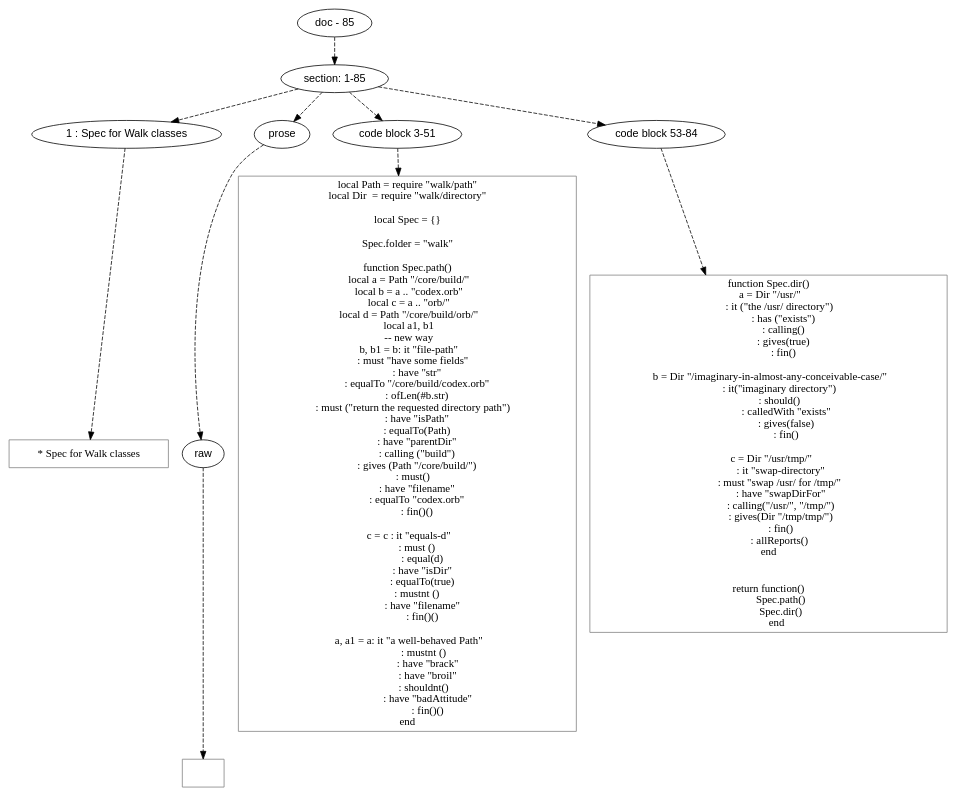
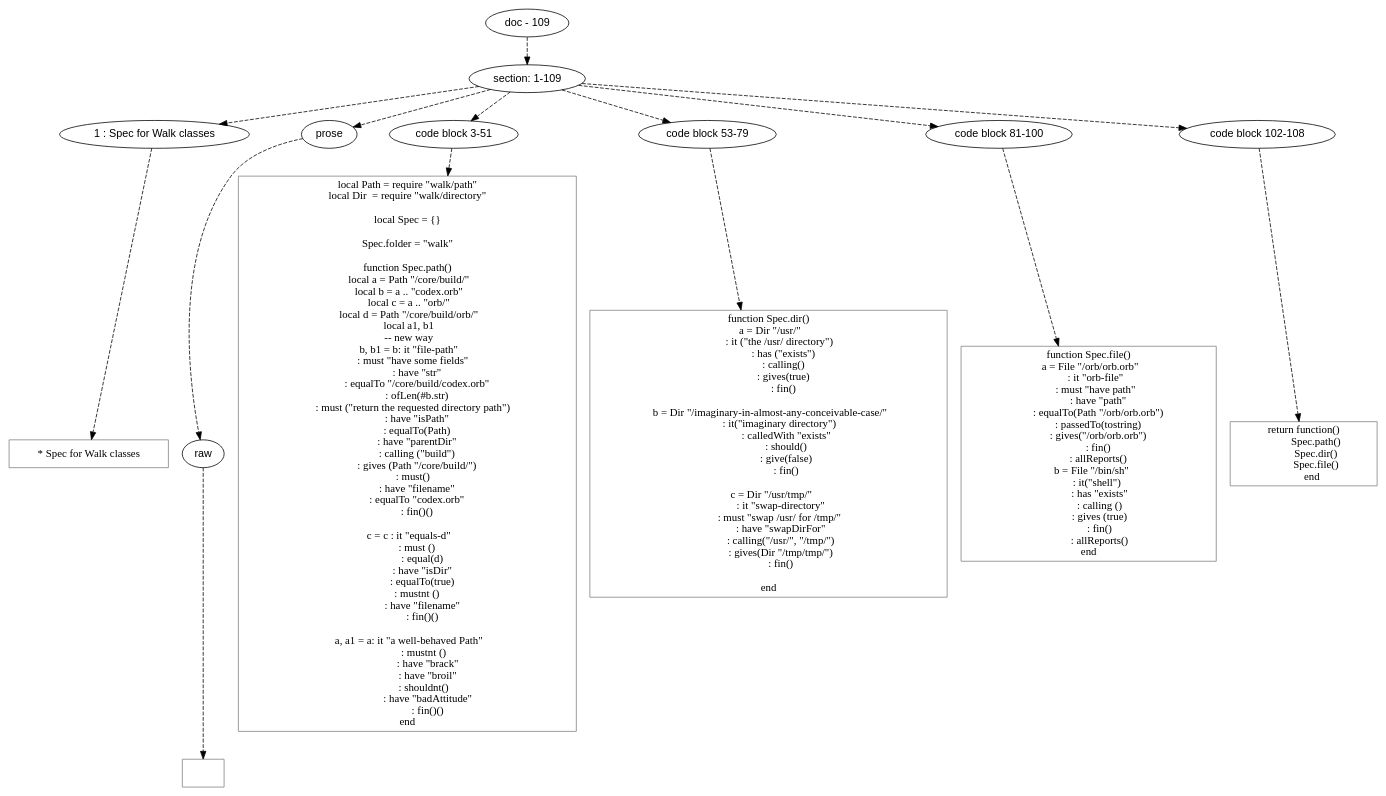
The diagram in doc/dot/spec/walk-spec.dot (mnemnion/orb), drawn with Graphviz before and after one commit. The commit also changed 24 other files, not shown here.

```diff
--- a/doc/dot/spec/walk-spec.dot
+++ b/doc/dot/spec/walk-spec.dot
@@ -1,132 +1,160 @@
 digraph lpegNode {
 
 node [fontname=Helvetica]
 edge [style=dashed]
 
-doc_0 [label="doc - 85"]
+doc_0 [label="doc - 109"]
 
 
 doc_0 -> { section_1}
 {rank=same; section_1}
 
-section_1 [label="section: 1-85"]
+section_1 [label="section: 1-109"]
 
 
 // END RANK doc_0
 
-section_1 -> { header_2 prose_3 codeblock_4 codeblock_5}
-{rank=same; header_2 prose_3 codeblock_4 codeblock_5}
+section_1 -> { header_2 prose_3 codeblock_4 codeblock_5 codeblock_6 codeblock_7}
+{rank=same; header_2 prose_3 codeblock_4 codeblock_5 codeblock_6 codeblock_7}
 
 header_2 [label="1 : Spec for Walk classes"]
 
 prose_3 [label="prose"]
 
 codeblock_4 [label="code block 3-51"]
 
-codeblock_5 [label="code block 53-84"]
+codeblock_5 [label="code block 53-79"]
+
+codeblock_6 [label="code block 81-100"]
+
+codeblock_7 [label="code block 102-108"]
 
 
 // END RANK section_1
 
-header_2 -> leaf_6
-leaf_6  [color=Gray,shape=rectangle,fontname=Inconsolata,label="* Spec for Walk classes"]
+header_2 -> leaf_8
+leaf_8  [color=Gray,shape=rectangle,fontname=Inconsolata,label="* Spec for Walk classes"]
 // END RANK header_2
 
-prose_3 -> { raw_7}
-{rank=same; raw_7}
+prose_3 -> { raw_9}
+{rank=same; raw_9}
 
-raw_7 [label="raw"]
+raw_9 [label="raw"]
 
 
 // END RANK prose_3
 
-raw_7 -> leaf_8
-leaf_8  [color=Gray,shape=rectangle,fontname=Inconsolata,label="
+raw_9 -> leaf_10
+leaf_10  [color=Gray,shape=rectangle,fontname=Inconsolata,label="
 "]
-// END RANK raw_7
+// END RANK raw_9
 
-codeblock_4 -> leaf_9
-leaf_9  [color=Gray,shape=rectangle,fontname=Inconsolata,label="local Path = require \"walk/path\"
+codeblock_4 -> leaf_11
+leaf_11  [color=Gray,shape=rectangle,fontname=Inconsolata,label="local Path = require \"walk/path\"
 local Dir  = require \"walk/directory\"
 
 local Spec = {}
 
 Spec.folder = \"walk\"
 
 function Spec.path()
   local a = Path \"/core/build/\"
   local b = a .. \"codex.orb\"
   local c = a .. \"orb/\"
   local d = Path \"/core/build/orb/\"
   local a1, b1
   -- new way
   b, b1 = b: it \"file-path\"
      : must \"have some fields\"
         : have \"str\"
         : equalTo \"/core/build/codex.orb\"
         : ofLen(#b.str)
      : must (\"return the requested directory path\")
         : have \"isPath\"
         : equalTo(Path)
         : have \"parentDir\"
         : calling (\"build\")
         : gives (Path \"/core/build/\")
      : must()
         : have \"filename\"
         : equalTo \"codex.orb\"
         : fin()()
 
   c = c : it \"equals-d\"
         : must ()
             : equal(d)
             : have \"isDir\"
             : equalTo(true)
         : mustnt ()
             : have \"filename\"
             : fin()()
 
   a, a1 = a: it \"a well-behaved Path\"
              : mustnt ()
                 : have \"brack\"
                 : have \"broil\"
              : shouldnt()
                 : have \"badAttitude\"
                 : fin()()
 end"]
 // END RANK codeblock_4
 
-codeblock_5 -> leaf_10
-leaf_10  [color=Gray,shape=rectangle,fontname=Inconsolata,label="function Spec.dir()
+codeblock_5 -> leaf_12
+leaf_12  [color=Gray,shape=rectangle,fontname=Inconsolata,label="function Spec.dir()
   a = Dir \"/usr/\"
          : it (\"the /usr/ directory\")
             : has (\"exists\")
             : calling()
             : gives(true)
             : fin()
 
   b = Dir \"/imaginary-in-almost-any-conceivable-case/\"
          : it(\"imaginary directory\")
-         : should()
               : calledWith \"exists\"
-              : gives(false)
+              : should()
+              : give(false)
               : fin()
 
    c = Dir \"/usr/tmp/\"
           : it \"swap-directory\"
          : must \"swap /usr/ for /tmp/\"
           : have \"swapDirFor\"
           : calling(\"/usr/\", \"/tmp/\")
           : gives(Dir \"/tmp/tmp/\")
           : fin()
+
+end
+"]
+// END RANK codeblock_5
+
+codeblock_6 -> leaf_13
+leaf_13  [color=Gray,shape=rectangle,fontname=Inconsolata,label="function Spec.file()
+  a = File \"/orb/orb.orb\"
+      : it \"orb-file\"
+      : must \"have path\"
+        : have \"path\"
+        : equalTo(Path \"/orb/orb.orb\")
+        : passedTo(tostring)
+        : gives(\"/orb/orb.orb\")
+        : fin()
+        : allReports()
+   b = File \"/bin/sh\"
+       : it(\"shell\")
+         : has \"exists\"
+         : calling ()
+         : gives (true)
+         : fin()
          : allReports()
-end
+end"]
+// END RANK codeblock_6
 
-
-return function()
+codeblock_7 -> leaf_14
+leaf_14  [color=Gray,shape=rectangle,fontname=Inconsolata,label="return function()
           Spec.path()
           Spec.dir()
+          Spec.file()
        end"]
-// END RANK codeblock_5
+// END RANK codeblock_7
 
 
 }
```
